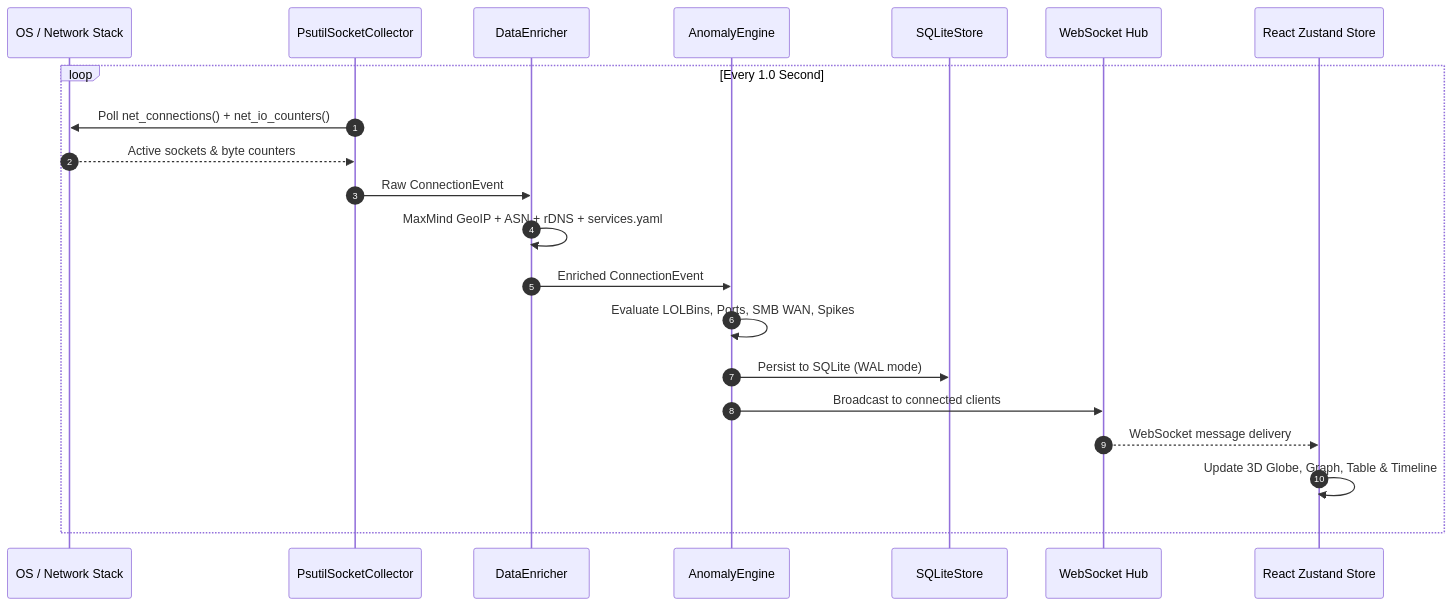
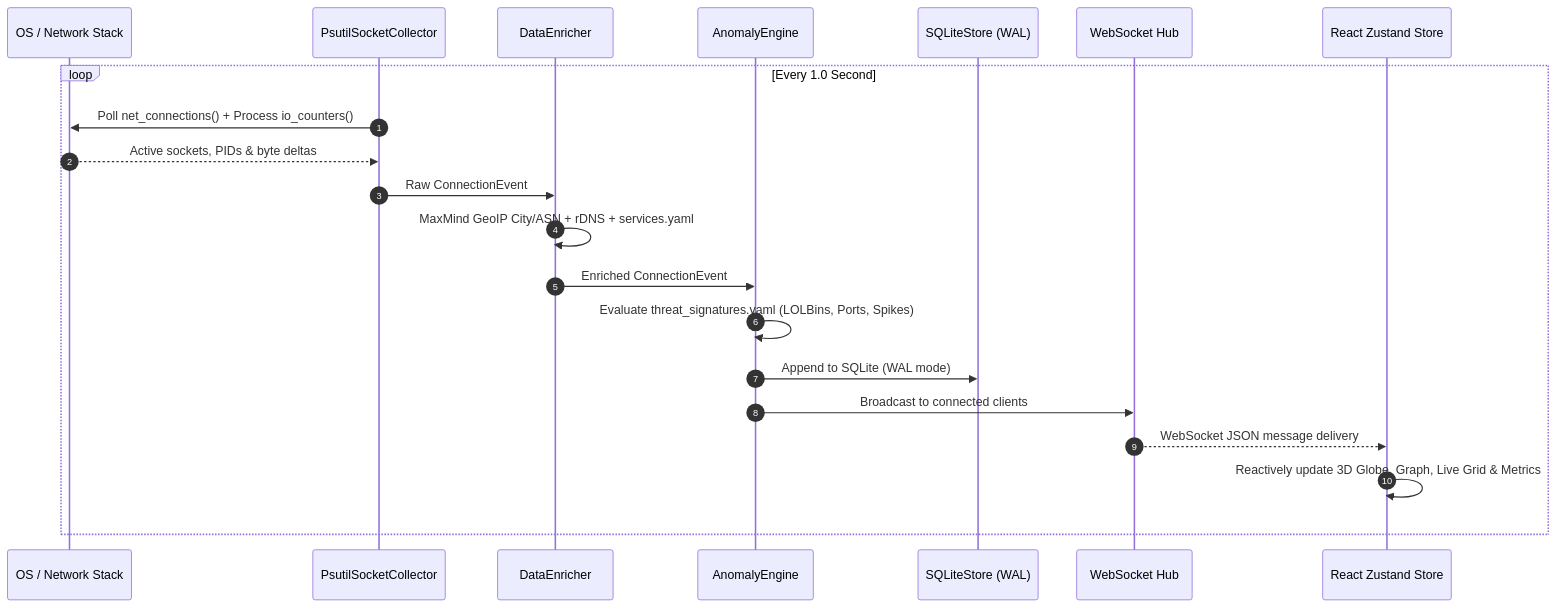
One commit to niroren72/SignalMap-V2 changed the third of 3 diagrams in architecture.md. Above: the diagram before and after it, drawn with Mermaid. The commit also changed other lines of this file and 10 other files, not shown here.

````diff
--- a/architecture.md
+++ b/architecture.md
@@ -157,24 +352,24 @@
 ```mermaid
 sequenceDiagram
     autonumber
     participant OS as OS / Network Stack
     participant Poller as PsutilSocketCollector
     participant Enricher as DataEnricher
     participant Anomaly as AnomalyEngine
-    participant Store as SQLiteStore
+    participant Store as SQLiteStore (WAL)
     participant WS as WebSocket Hub
     participant UI as React Zustand Store
 
     loop Every 1.0 Second
-        Poller->>OS: Poll net_connections() + net_io_counters()
-        OS-->>Poller: Active sockets & byte counters
+        Poller->>OS: Poll net_connections() + Process io_counters()
+        OS-->>Poller: Active sockets, PIDs & byte deltas
         Poller->>Enricher: Raw ConnectionEvent
-        Enricher->>Enricher: MaxMind GeoIP + ASN + rDNS + services.yaml
+        Enricher->>Enricher: MaxMind GeoIP City/ASN + rDNS + services.yaml
         Enricher->>Anomaly: Enriched ConnectionEvent
-        Anomaly->>Anomaly: Evaluate LOLBins, Ports, SMB WAN, Spikes
-        Anomaly->>Store: Persist to SQLite (WAL mode)
+        Anomaly->>Anomaly: Evaluate threat_signatures.yaml (LOLBins, Ports, Spikes)
+        Anomaly->>Store: Append to SQLite (WAL mode)
         Anomaly->>WS: Broadcast to connected clients
-        WS-->>UI: WebSocket message delivery
-        UI->>UI: Update 3D Globe, Graph, Table & Timeline
+        WS-->>UI: WebSocket JSON message delivery
+        UI->>UI: Reactively update 3D Globe, Graph, Live Grid & Metrics
     end
 ```
````
